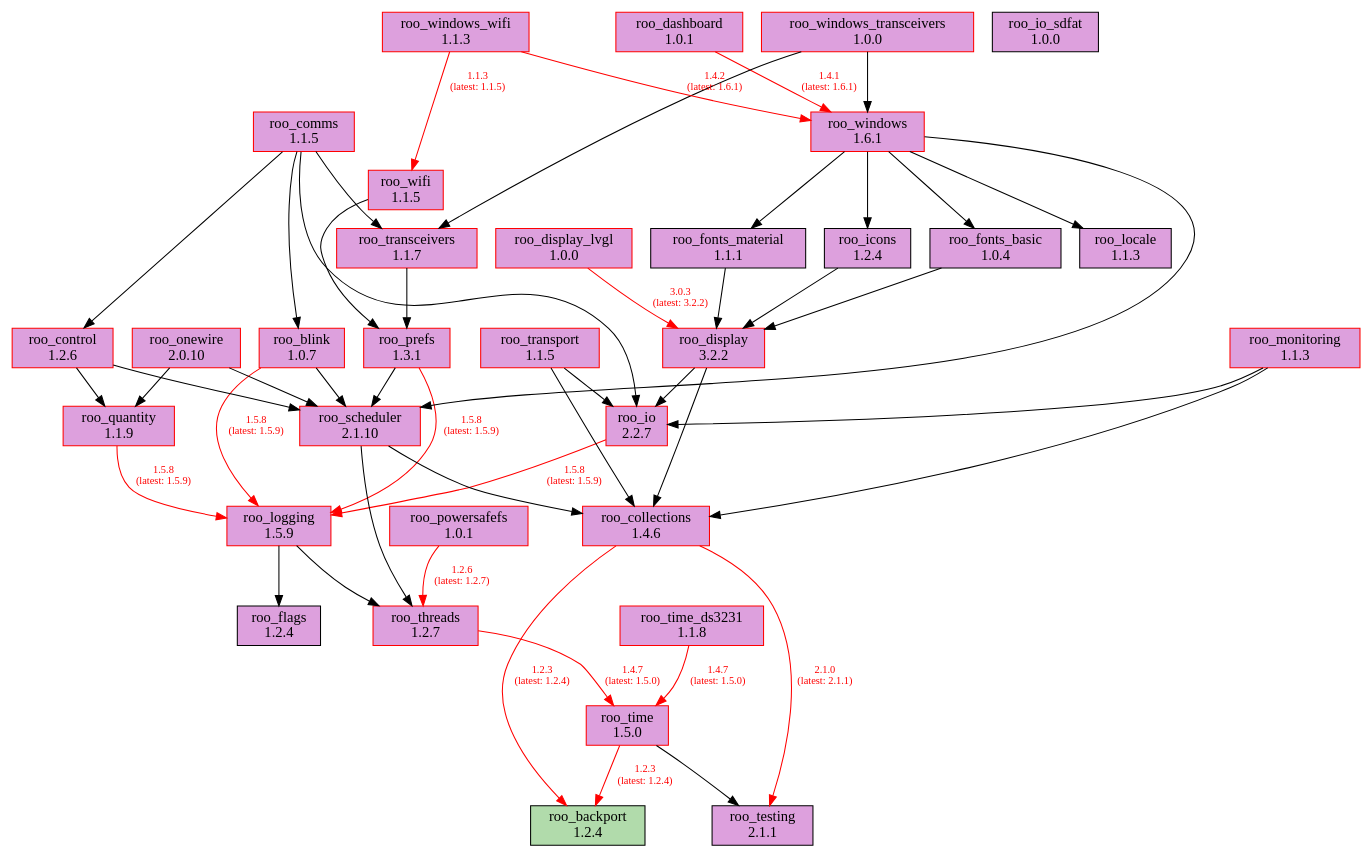
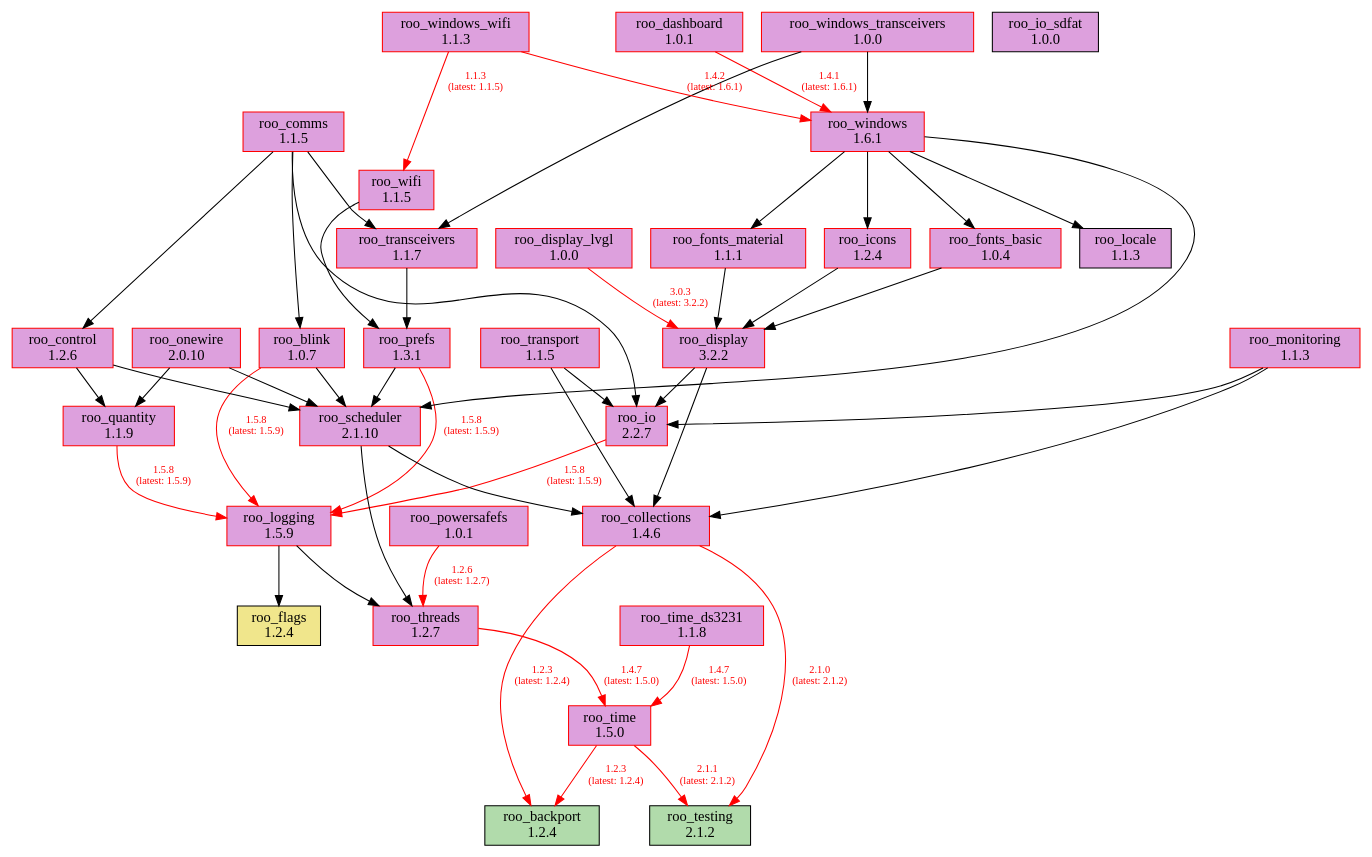
The diagram in doc/dependencies.dot (dejwk/roo-registry), drawn with Graphviz before and after one commit. The commit also changed 3 other files, not shown here.

Commit message:
Added roo_testing 2.1.2 to the registry.

```diff
--- a/doc/dependencies.dot
+++ b/doc/dependencies.dot
@@ -1,88 +1,88 @@
 digraph dependencies {
     rankdir=TB;
     node [shape=box, style=filled];
     edge [fontsize=10];
 
     // Modules
     "roo_backport" [label="roo_backport\n1.2.4", fillcolor="#b1dbab", color="black"];
     "roo_blink" [label="roo_blink\n1.0.7", fillcolor="plum", color="red"];
     "roo_collections" [label="roo_collections\n1.4.6", fillcolor="plum", color="red"];
     "roo_comms" [label="roo_comms\n1.1.5", fillcolor="plum", color="red"];
     "roo_control" [label="roo_control\n1.2.6", fillcolor="plum", color="red"];
     "roo_dashboard" [label="roo_dashboard\n1.0.1", fillcolor="plum", color="red"];
     "roo_display" [label="roo_display\n3.2.2", fillcolor="plum", color="red"];
     "roo_display_lvgl" [label="roo_display_lvgl\n1.0.0", fillcolor="plum", color="red"];
-    "roo_flags" [label="roo_flags\n1.2.4", fillcolor="plum", color="black"];
-    "roo_fonts_basic" [label="roo_fonts_basic\n1.0.4", fillcolor="plum", color="black"];
-    "roo_fonts_material" [label="roo_fonts_material\n1.1.1", fillcolor="plum", color="black"];
-    "roo_icons" [label="roo_icons\n1.2.4", fillcolor="plum", color="black"];
+    "roo_flags" [label="roo_flags\n1.2.4", fillcolor="khaki", color="black"];
+    "roo_fonts_basic" [label="roo_fonts_basic\n1.0.4", fillcolor="plum", color="red"];
+    "roo_fonts_material" [label="roo_fonts_material\n1.1.1", fillcolor="plum", color="red"];
+    "roo_icons" [label="roo_icons\n1.2.4", fillcolor="plum", color="red"];
     "roo_io" [label="roo_io\n2.2.7", fillcolor="plum", color="red"];
     "roo_io_sdfat" [label="roo_io_sdfat\n1.0.0", fillcolor="plum", color="black"];
     "roo_locale" [label="roo_locale\n1.1.3", fillcolor="plum", color="black"];
     "roo_logging" [label="roo_logging\n1.5.9", fillcolor="plum", color="red"];
     "roo_monitoring" [label="roo_monitoring\n1.1.3", fillcolor="plum", color="red"];
     "roo_onewire" [label="roo_onewire\n2.0.10", fillcolor="plum", color="red"];
     "roo_powersafefs" [label="roo_powersafefs\n1.0.1", fillcolor="plum", color="red"];
     "roo_prefs" [label="roo_prefs\n1.3.1", fillcolor="plum", color="red"];
     "roo_quantity" [label="roo_quantity\n1.1.9", fillcolor="plum", color="red"];
     "roo_scheduler" [label="roo_scheduler\n2.1.10", fillcolor="plum", color="red"];
-    "roo_testing" [label="roo_testing\n2.1.1", fillcolor="plum", color="black"];
+    "roo_testing" [label="roo_testing\n2.1.2", fillcolor="#b1dbab", color="black"];
     "roo_threads" [label="roo_threads\n1.2.7", fillcolor="plum", color="red"];
     "roo_time" [label="roo_time\n1.5.0", fillcolor="plum", color="red"];
     "roo_time_ds3231" [label="roo_time_ds3231\n1.1.8", fillcolor="plum", color="red"];
     "roo_transceivers" [label="roo_transceivers\n1.1.7", fillcolor="plum", color="red"];
     "roo_transport" [label="roo_transport\n1.1.5", fillcolor="plum", color="red"];
     "roo_wifi" [label="roo_wifi\n1.1.5", fillcolor="plum", color="red"];
     "roo_windows" [label="roo_windows\n1.6.1", fillcolor="plum", color="red"];
     "roo_windows_transceivers" [label="roo_windows_transceivers\n1.0.0", fillcolor="plum", color="red"];
     "roo_windows_wifi" [label="roo_windows_wifi\n1.1.3", fillcolor="plum", color="red"];
 
     // Dependencies
     "roo_blink" -> "roo_logging" [color=red, fontcolor=red, label="1.5.8\n(latest: 1.5.9)"];
     "roo_blink" -> "roo_scheduler";
-    "roo_collections" -> "roo_testing" [color=red, fontcolor=red, label="2.1.0\n(latest: 2.1.1)"];
+    "roo_collections" -> "roo_testing" [color=red, fontcolor=red, label="2.1.0\n(latest: 2.1.2)"];
     "roo_collections" -> "roo_backport" [color=red, fontcolor=red, label="1.2.3\n(latest: 1.2.4)"];
     "roo_comms" -> "roo_blink";
     "roo_comms" -> "roo_control";
     "roo_comms" -> "roo_io";
     "roo_comms" -> "roo_transceivers";
     "roo_control" -> "roo_quantity";
     "roo_control" -> "roo_scheduler";
     "roo_dashboard" -> "roo_windows" [color=red, fontcolor=red, label="1.4.1\n(latest: 1.6.1)"];
     "roo_display" -> "roo_collections";
     "roo_display" -> "roo_io";
     "roo_display_lvgl" -> "roo_display" [color=red, fontcolor=red, label="3.0.3\n(latest: 3.2.2)"];
     "roo_fonts_basic" -> "roo_display";
     "roo_fonts_material" -> "roo_display";
     "roo_icons" -> "roo_display";
     "roo_io" -> "roo_logging" [color=red, fontcolor=red, label="1.5.8\n(latest: 1.5.9)"];
     "roo_logging" -> "roo_flags";
     "roo_logging" -> "roo_threads";
     "roo_monitoring" -> "roo_collections";
     "roo_monitoring" -> "roo_io";
     "roo_onewire" -> "roo_scheduler";
     "roo_onewire" -> "roo_quantity";
     "roo_powersafefs" -> "roo_threads" [color=red, fontcolor=red, label="1.2.6\n(latest: 1.2.7)"];
     "roo_prefs" -> "roo_logging" [color=red, fontcolor=red, label="1.5.8\n(latest: 1.5.9)"];
     "roo_prefs" -> "roo_scheduler";
     "roo_quantity" -> "roo_logging" [color=red, fontcolor=red, label="1.5.8\n(latest: 1.5.9)"];
     "roo_scheduler" -> "roo_collections";
     "roo_scheduler" -> "roo_threads";
     "roo_threads" -> "roo_time" [color=red, fontcolor=red, label="1.4.7\n(latest: 1.5.0)"];
-    "roo_time" -> "roo_testing";
+    "roo_time" -> "roo_testing" [color=red, fontcolor=red, label="2.1.1\n(latest: 2.1.2)"];
     "roo_time" -> "roo_backport" [color=red, fontcolor=red, label="1.2.3\n(latest: 1.2.4)"];
     "roo_time_ds3231" -> "roo_time" [color=red, fontcolor=red, label="1.4.7\n(latest: 1.5.0)"];
     "roo_transceivers" -> "roo_prefs";
     "roo_transport" -> "roo_collections";
     "roo_transport" -> "roo_io";
     "roo_wifi" -> "roo_prefs";
     "roo_windows" -> "roo_fonts_basic";
     "roo_windows" -> "roo_fonts_material";
     "roo_windows" -> "roo_locale";
     "roo_windows" -> "roo_icons";
     "roo_windows" -> "roo_scheduler";
     "roo_windows_transceivers" -> "roo_transceivers";
     "roo_windows_transceivers" -> "roo_windows";
     "roo_windows_wifi" -> "roo_wifi" [color=red, fontcolor=red, label="1.1.3\n(latest: 1.1.5)"];
     "roo_windows_wifi" -> "roo_windows" [color=red, fontcolor=red, label="1.4.2\n(latest: 1.6.1)"];
 }
```
